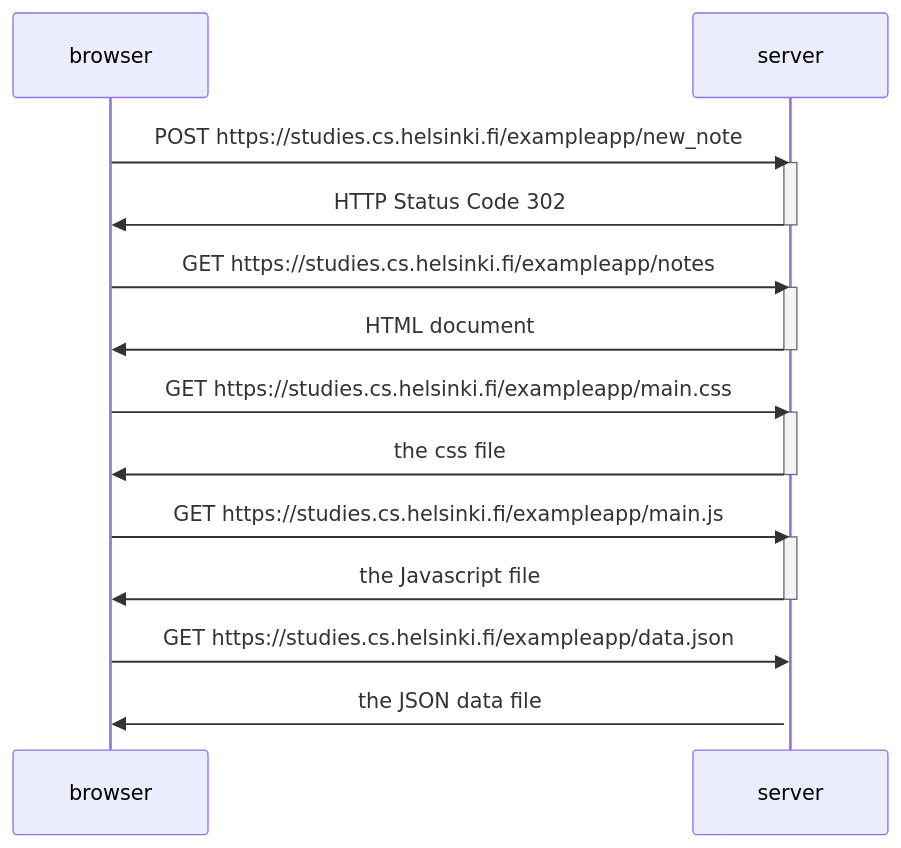
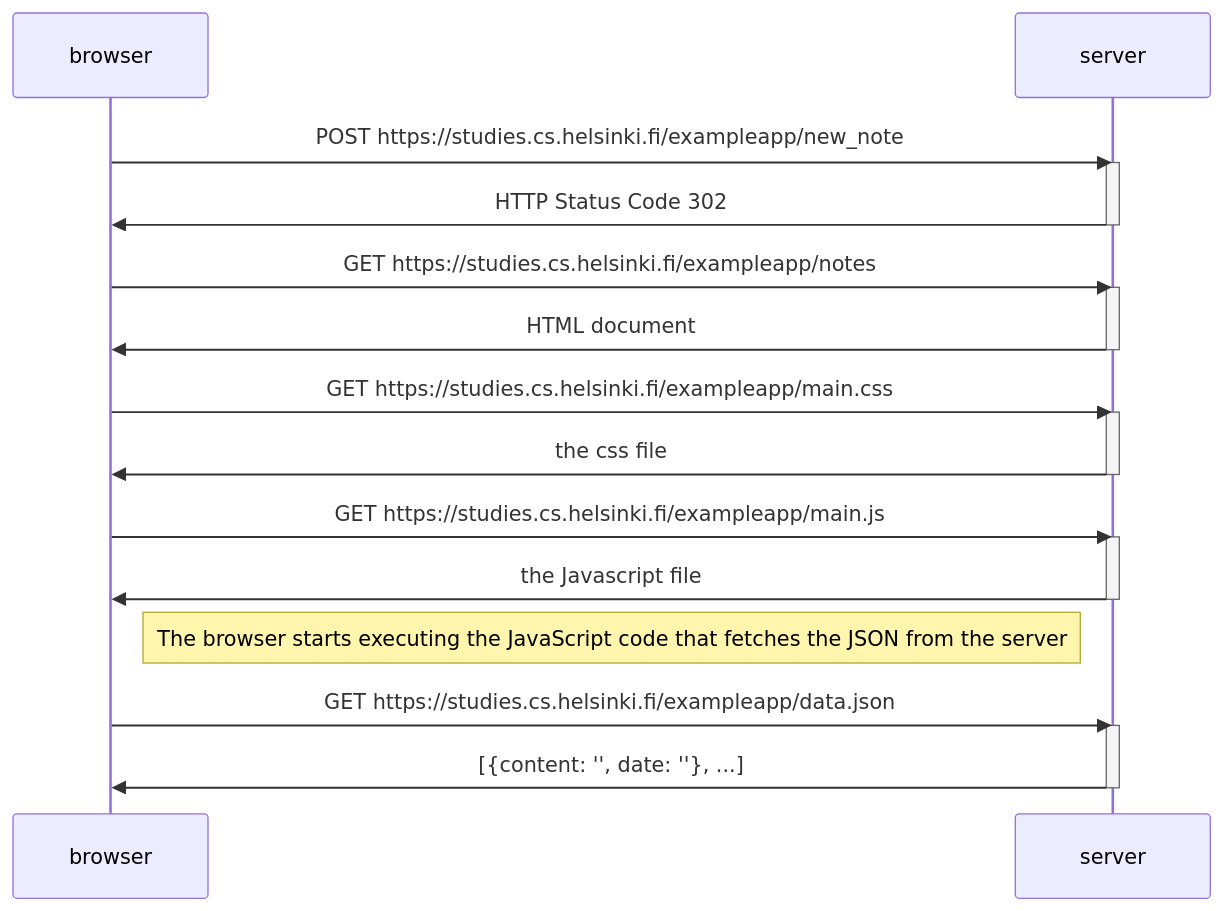
The diagram in 0.4-note-diagram.md (HunterOB/Part-Zero), drawn with Mermaid before and after one commit.

Commit message:
fixed diagram

````diff
--- a/0.4-note-diagram.md
+++ b/0.4-note-diagram.md
@@ -1,33 +1,36 @@
 ```mermaid
 
 sequenceDiagram
     participant browser
     participant server
 
 
     browser->>server: POST https://studies.cs.helsinki.fi/exampleapp/new_note
     activate server
     server->>browser: HTTP Status Code 302
     deactivate server
 
 
     browser->>server: GET https://studies.cs.helsinki.fi/exampleapp/notes
     activate server
     server->>browser: HTML document
     deactivate server
 
     browser->>server: GET https://studies.cs.helsinki.fi/exampleapp/main.css
     activate server
     server->>browser: the css file
     deactivate server
 
     browser->>server: GET https://studies.cs.helsinki.fi/exampleapp/main.js
     activate server
     server->>browser: the Javascript file
     deactivate server
 
+    Note right of browser: The browser starts executing the JavaScript code that fetches the JSON from the server
+
     browser->>server: GET https://studies.cs.helsinki.fi/exampleapp/data.json
     activate server
-    server->>browser: the JSON data file
+    server->>browser: [{content: '', date: ''}, ...]
+    deactivate server
 
 ```
````
